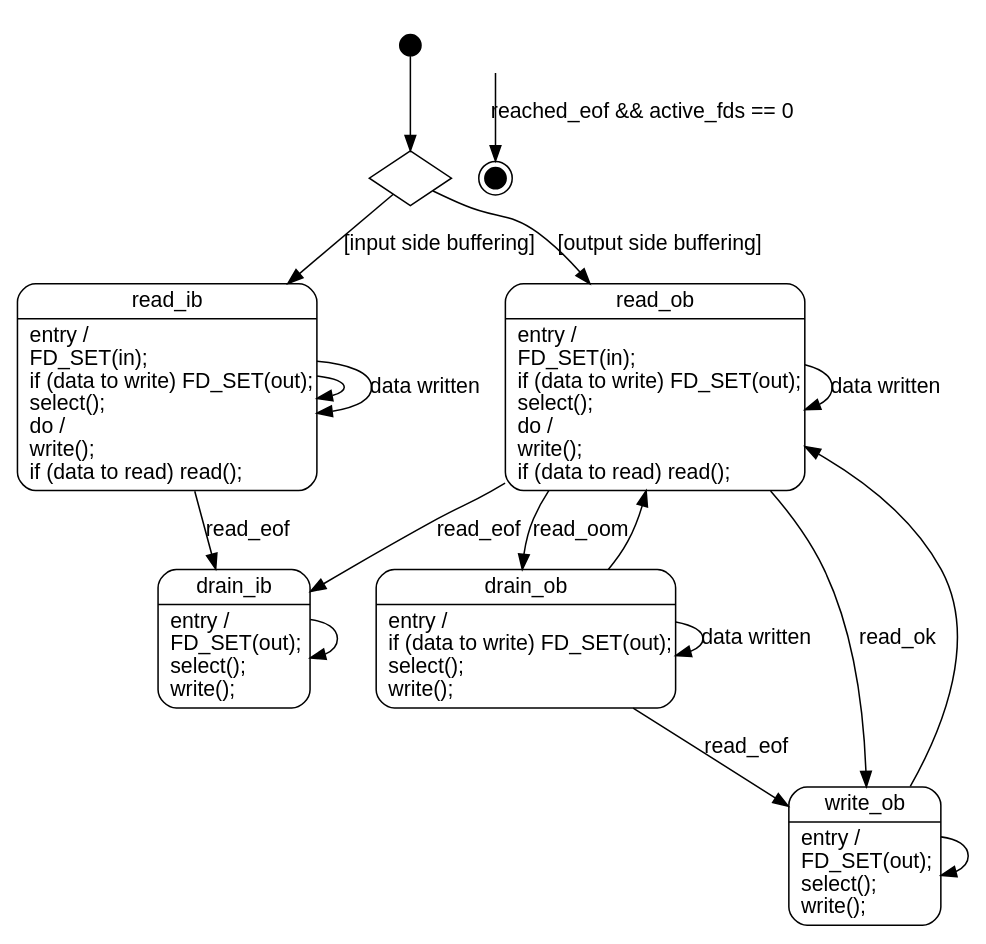
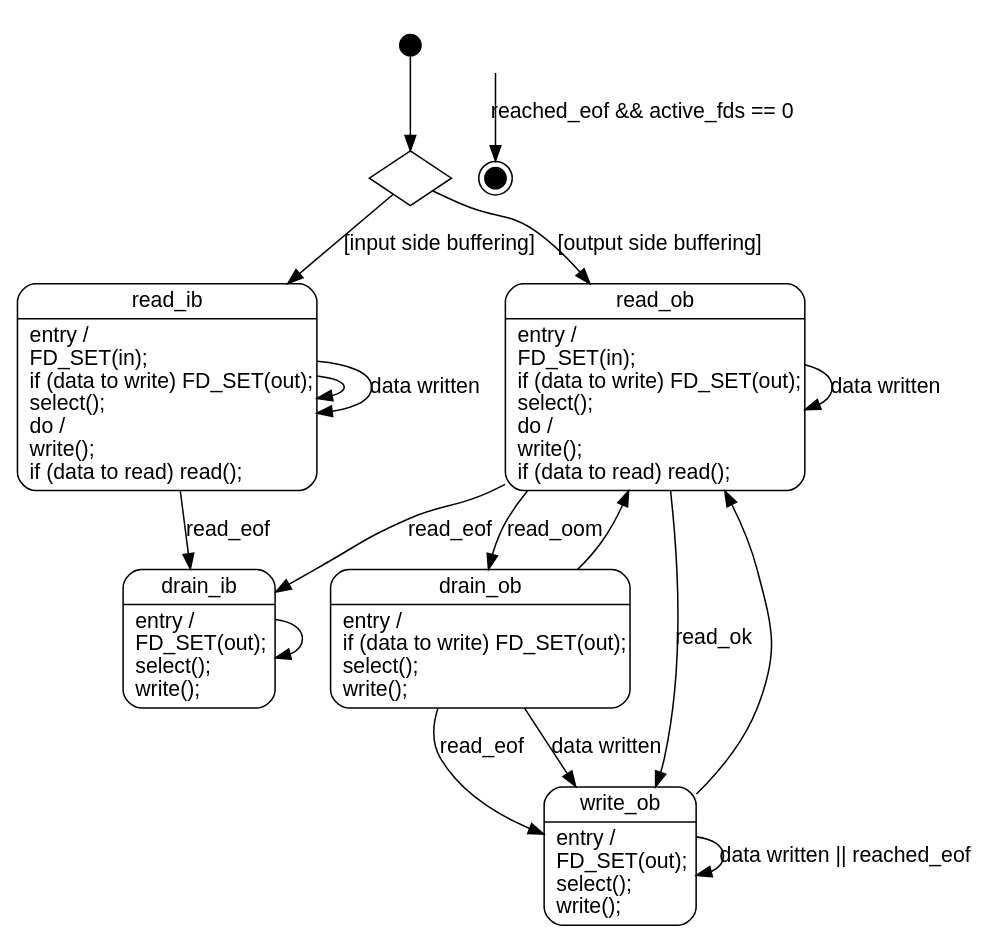
One commit to dspinellis/dgsh changed the diagram in tee-state.dot. Above: the diagram before and after it, drawn with Graphviz.

Commit message:
Correct to reflect current reality

```diff
--- a/tee-state.dot
+++ b/tee-state.dot
@@ -1,38 +1,38 @@
 digraph teestate {
 	node [shape="record", style="rounded", fontname="Arial"];
 	edge [fontname="Arial"];
 
 	drain_ib [label="{drain_ib|entry /\lFD_SET(out);\lselect();\lwrite();\l}"];
 	drain_ob [label="{drain_ob|entry /\lif (data to write) FD_SET(out);\lselect();\lwrite();\l}"];
 	read_ib [label="{read_ib|entry /\lFD_SET(in);\lif (data to write) FD_SET(out);\lselect();\ldo /\lwrite();\lif (data to read) read();\l}"];
 	read_ob [label="{read_ob|entry /\lFD_SET(in);\lif (data to write) FD_SET(out);\lselect();\ldo /\lwrite();\lif (data to read) read();\l}"];
 	write_ob [label="{write_ob|entry /\lFD_SET(out);\lselect();\lwrite();\l}"];
 
 	read_ob -> drain_ib [label="read_eof"];
 	read_ob -> write_ob [label="read_ok"];
 	read_ob -> drain_ob [label="read_oom"];
 	read_ob -> read_ob [label="data written"];
 
 	read_ib -> drain_ib [label="read_eof"];
 	read_ib -> read_ib [label=""];
 	read_ib -> read_ib [label="data written"];
 
 	drain_ib -> drain_ib [label=""];
 
 	write_ob -> read_ob [label=""];
-	write_ob -> write_ob [label=""];
+	write_ob -> write_ob [label="data written || reached_eof"];
 
 	drain_ob -> read_ob [label=""];
 	drain_ob -> write_ob [label="read_eof"];
-	drain_ob -> drain_ob [label="data written"];
+	drain_ob -> write_ob [label="data written"];
 
 	start [shape=circle,style=filled,label="",width=0.2,fillcolor=black,fixedsize=true];
 	bufftype [shape=diamond,label="",style=""];
 	start -> bufftype;
 	bufftype -> read_ib [label="[input side buffering]"];
 	bufftype -> read_ob [label="[output side buffering]"];
 
 	end [shape=doublecircle,style=filled,label="",width=0.2,fixedsize=true,fillcolor=black];
 	empty [style=invis,label=""];
 	empty -> end [label="reached_eof && active_fds == 0"];
 }
```
